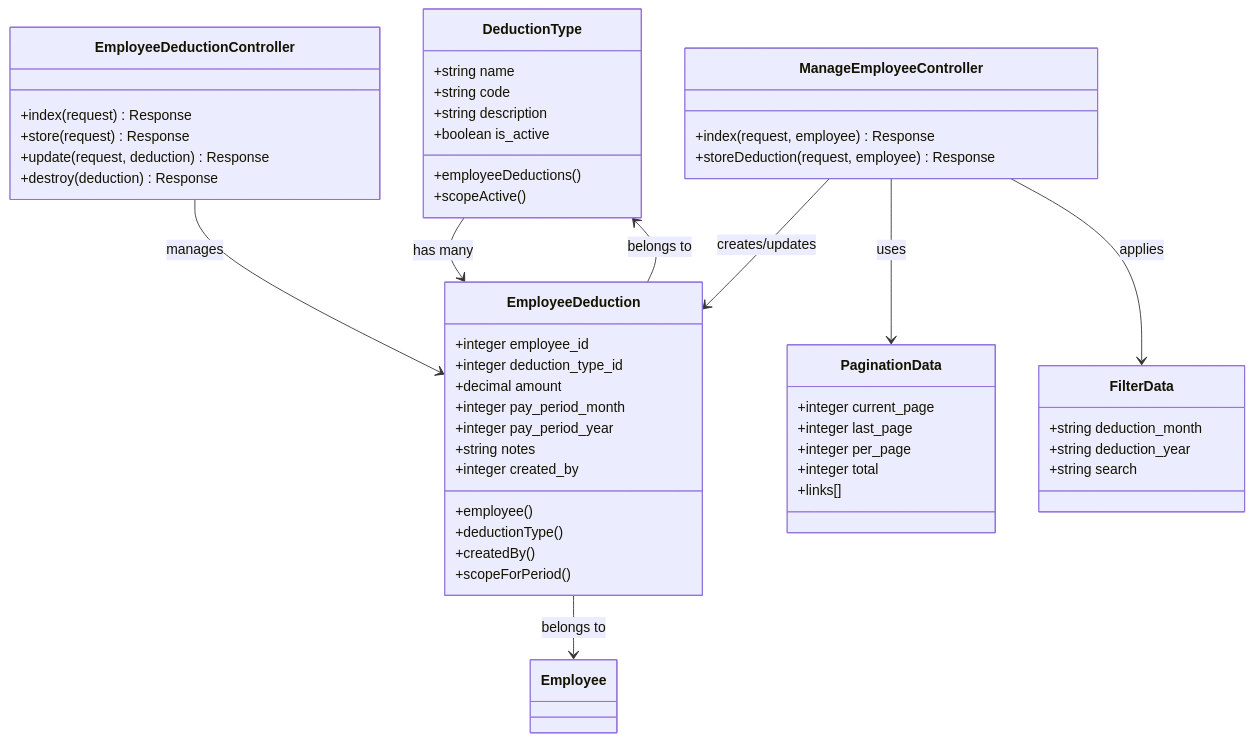
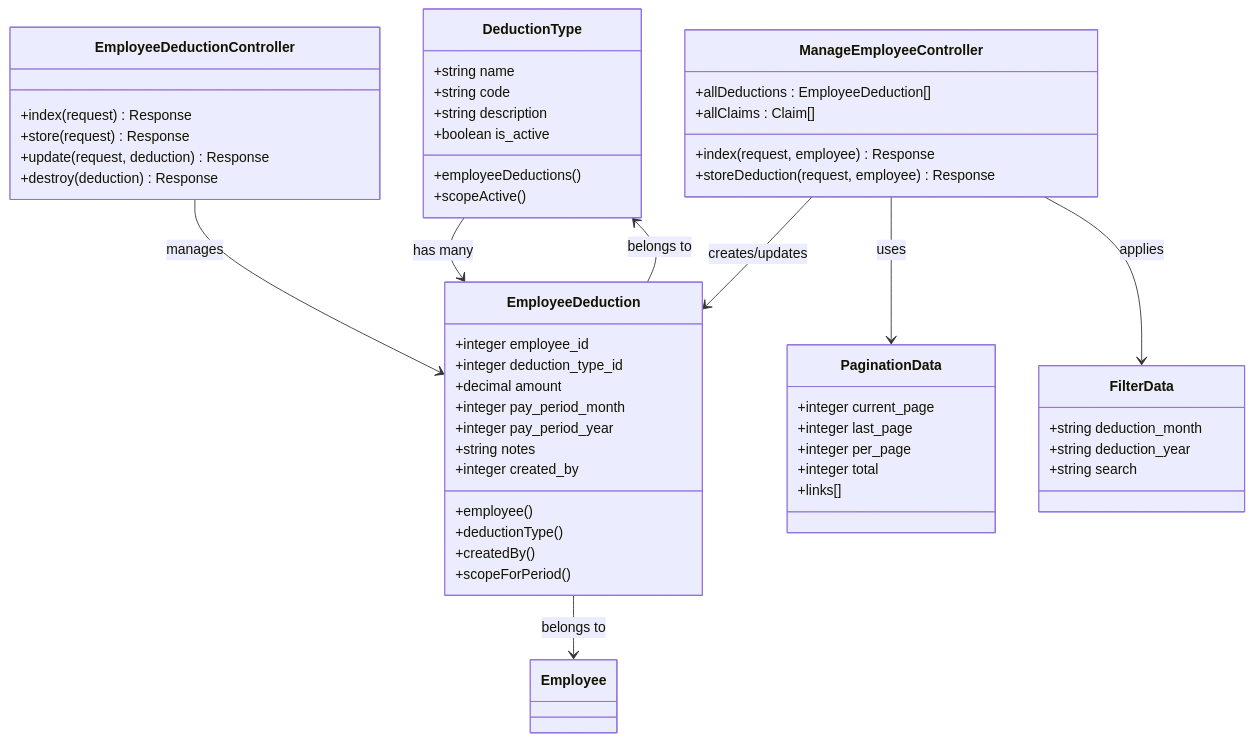
Before and after one commit to vincet0t15/template: the seventh of 17 diagrams in .qoder/repowiki/en/content/Employee Management/Employee Compensation Management.md, drawn with Mermaid. The commit also changed other lines of this file and 12 other files, not shown here.

````diff
--- a/.qoder/repowiki/en/content/Employee Management/Employee Compensation Management.md
+++ b/.qoder/repowiki/en/content/Employee Management/Employee Compensation Management.md
@@ -373,53 +433,55 @@
 ```mermaid
 classDiagram
 class DeductionType {
 +string name
 +string code
 +string description
 +boolean is_active
 +employeeDeductions()
 +scopeActive()
 }
 class EmployeeDeduction {
 +integer employee_id
 +integer deduction_type_id
 +decimal amount
 +integer pay_period_month
 +integer pay_period_year
 +string notes
 +integer created_by
 +employee()
 +deductionType()
 +createdBy()
 +scopeForPeriod()
 }
 class EmployeeDeductionController {
 +index(request) Response
 +store(request) Response
 +update(request, deduction) Response
 +destroy(deduction) Response
 }
 class ManageEmployeeController {
 +index(request, employee) Response
 +storeDeduction(request, employee) Response
++allDeductions : EmployeeDeduction[]
++allClaims : Claim[]
 }
 class PaginationData {
 +integer current_page
 +integer last_page
 +integer per_page
 +integer total
 +links[]
 }
 class FilterData {
 +string deduction_month
 +string deduction_year
 +string search
 }
 EmployeeDeductionController --> EmployeeDeduction : manages
 EmployeeDeduction --> DeductionType : belongs to
 EmployeeDeduction --> Employee : belongs to
 ManageEmployeeController --> EmployeeDeduction : creates/updates
 DeductionType --> EmployeeDeduction : has many
 ManageEmployeeController --> PaginationData : uses
 ManageEmployeeController --> FilterData : applies
 ```
````
